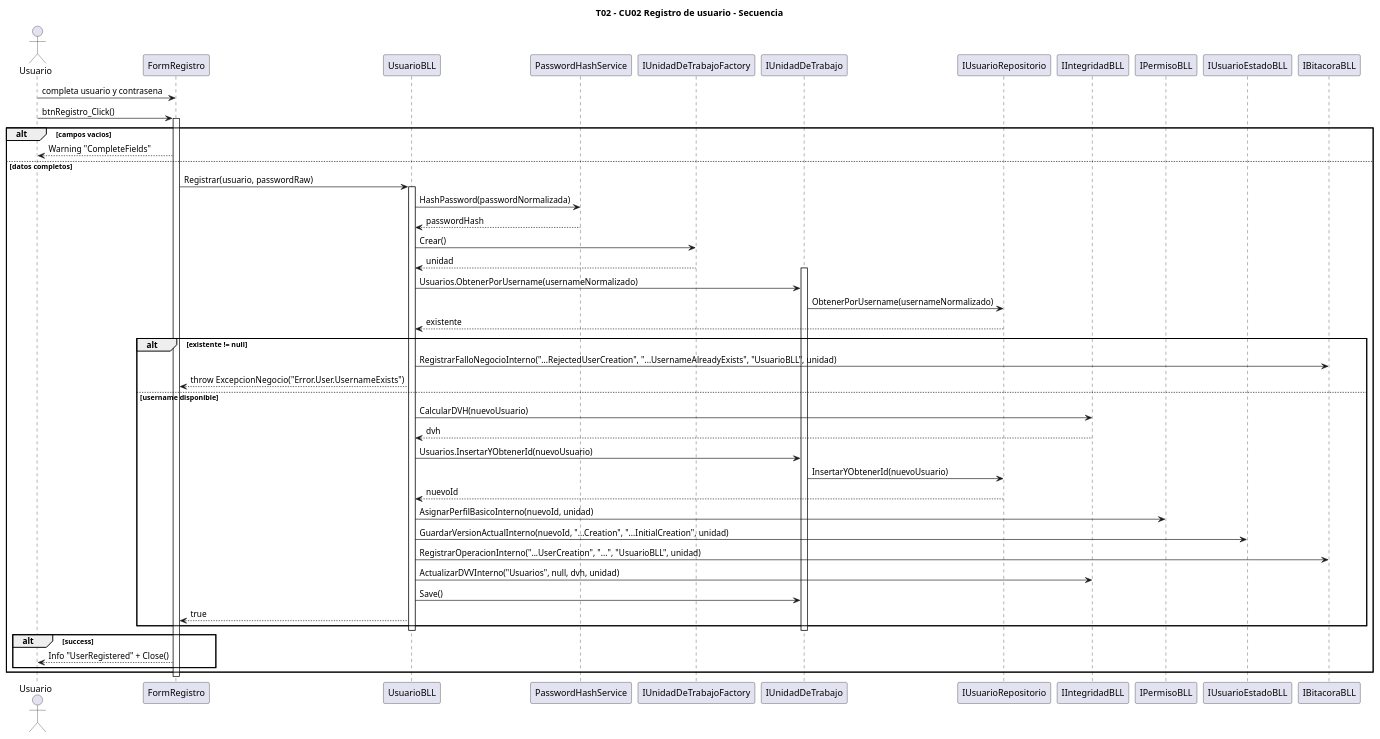
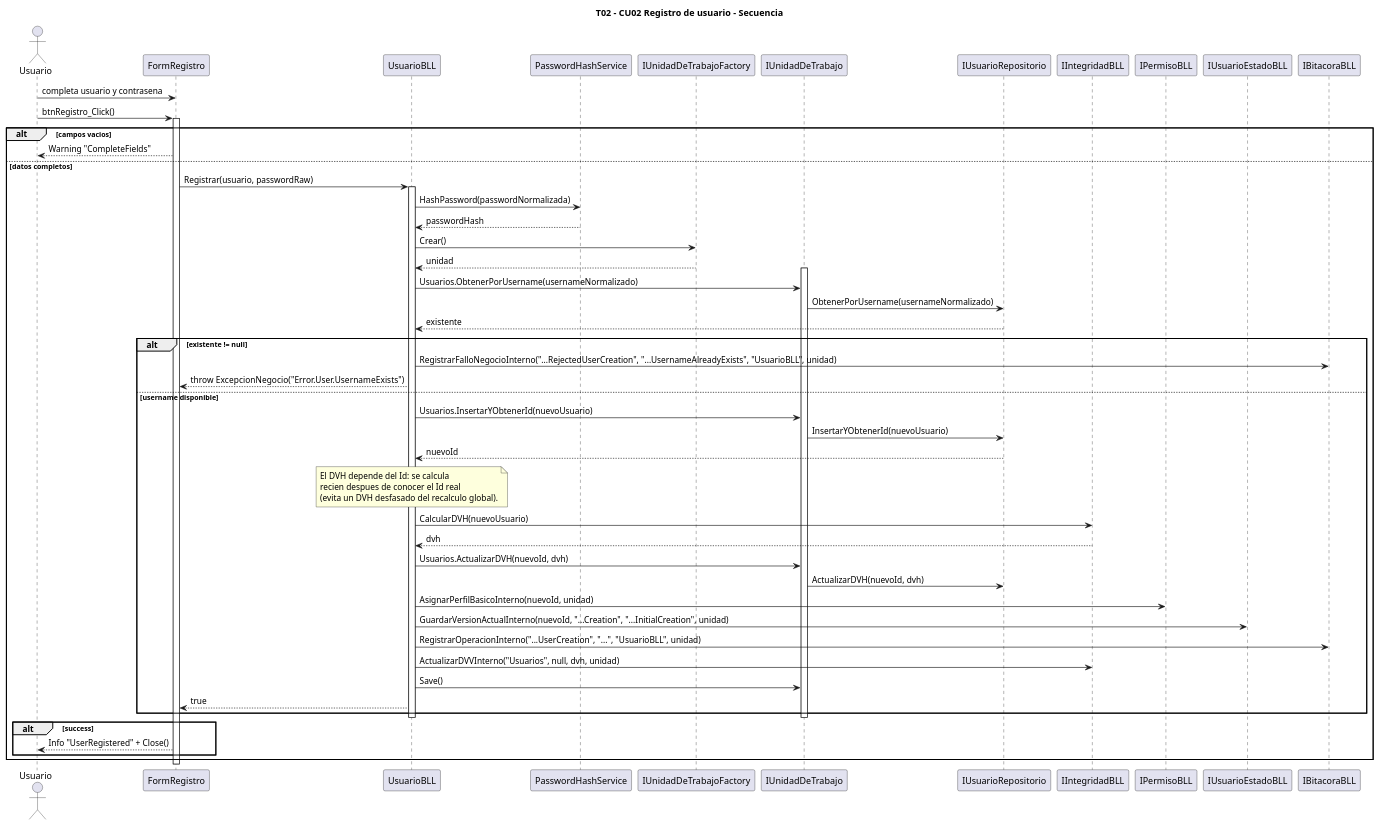
Before and after one commit to aggutierrez98/TP-TD: the diagram in diagramas/T02-login-logout/T02-login-logout-CU02-registro-secuencia.puml, drawn with PlantUML. The commit also changed 184 other files, not shown here.

```diff
--- a/diagramas/T02-login-logout/T02-login-logout-CU02-registro-secuencia.puml
+++ b/diagramas/T02-login-logout/T02-login-logout-CU02-registro-secuencia.puml
@@ -1,59 +1,66 @@
 @startuml
 title T02 - CU02 Registro de usuario - Secuencia
 
 skinparam backgroundColor white
 skinparam shadowing false
 
 actor Usuario
 participant "FormRegistro" as Reg
 participant "UsuarioBLL" as UBLL
 participant "PasswordHashService" as PHS
 participant "IUnidadDeTrabajoFactory" as UoWF
 participant "IUnidadDeTrabajo" as UoW
 participant "IUsuarioRepositorio" as Repo
 participant "IIntegridadBLL" as Integ
 participant "IPermisoBLL" as PermBLL
 participant "IUsuarioEstadoBLL" as EstadoBLL
 participant "IBitacoraBLL" as Bita
 
 Usuario -> Reg : completa usuario y contrasena
 Usuario -> Reg : btnRegistro_Click()
 activate Reg
 alt campos vacios
   Reg --> Usuario : Warning "CompleteFields"
 else datos completos
   Reg -> UBLL : Registrar(usuario, passwordRaw)
   activate UBLL
   UBLL -> PHS : HashPassword(passwordNormalizada)
   PHS --> UBLL : passwordHash
   UBLL -> UoWF : Crear()
   UoWF --> UBLL : unidad
   activate UoW
   UBLL -> UoW : Usuarios.ObtenerPorUsername(usernameNormalizado)
   UoW -> Repo : ObtenerPorUsername(usernameNormalizado)
   Repo --> UBLL : existente
   alt existente != null
     UBLL -> Bita : RegistrarFalloNegocioInterno("...RejectedUserCreation", "...UsernameAlreadyExists", "UsuarioBLL", unidad)
     UBLL --> Reg : throw ExcepcionNegocio("Error.User.UsernameExists")
   else username disponible
-    UBLL -> Integ : CalcularDVH(nuevoUsuario)
-    Integ --> UBLL : dvh
     UBLL -> UoW : Usuarios.InsertarYObtenerId(nuevoUsuario)
     UoW -> Repo : InsertarYObtenerId(nuevoUsuario)
     Repo --> UBLL : nuevoId
+    note over UBLL
+      El DVH depende del Id: se calcula
+      recien despues de conocer el Id real
+      (evita un DVH desfasado del recalculo global).
+    end note
+    UBLL -> Integ : CalcularDVH(nuevoUsuario)
+    Integ --> UBLL : dvh
+    UBLL -> UoW : Usuarios.ActualizarDVH(nuevoId, dvh)
+    UoW -> Repo : ActualizarDVH(nuevoId, dvh)
     UBLL -> PermBLL : AsignarPerfilBasicoInterno(nuevoId, unidad)
     UBLL -> EstadoBLL : GuardarVersionActualInterno(nuevoId, "...Creation", "...InitialCreation", unidad)
     UBLL -> Bita : RegistrarOperacionInterno("...UserCreation", "...", "UsuarioBLL", unidad)
     UBLL -> Integ : ActualizarDVVInterno("Usuarios", null, dvh, unidad)
     UBLL -> UoW : Save()
     UBLL --> Reg : true
   end
   deactivate UoW
   deactivate UBLL
   alt success
     Reg --> Usuario : Info "UserRegistered" + Close()
   end
 end
 deactivate Reg
 
 @enduml
```
